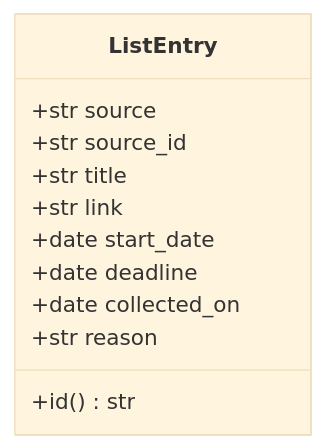
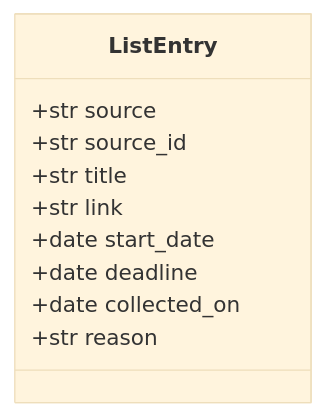
One commit to HoyoungParkme/competition-crawler changed the first of 18 diagrams in docs/specs/06-DOM/CCR-DOM-002.md. Above: the diagram before and after it, drawn with Mermaid (base theme). The commit also changed other lines of this file, not shown here.

````diff
--- a/docs/specs/06-DOM/CCR-DOM-002.md
+++ b/docs/specs/06-DOM/CCR-DOM-002.md
@@ -153,14 +153,13 @@
 ```mermaid
 classDiagram
     class ListEntry {
         +str source
         +str source_id
         +str title
         +str link
         +date start_date
         +date deadline
         +date collected_on
         +str reason
-        +id() str
     }
 ```
````
